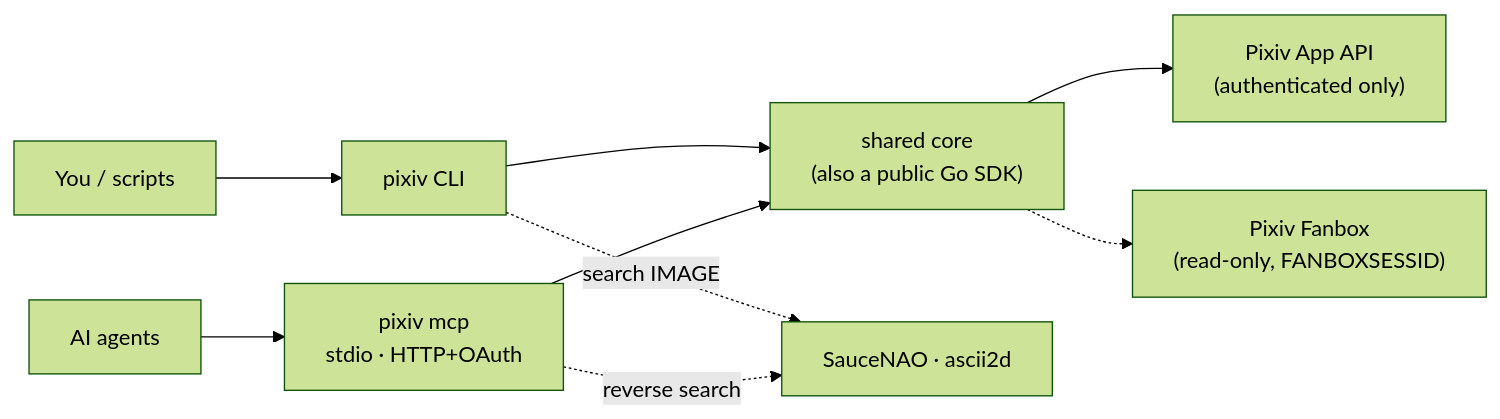
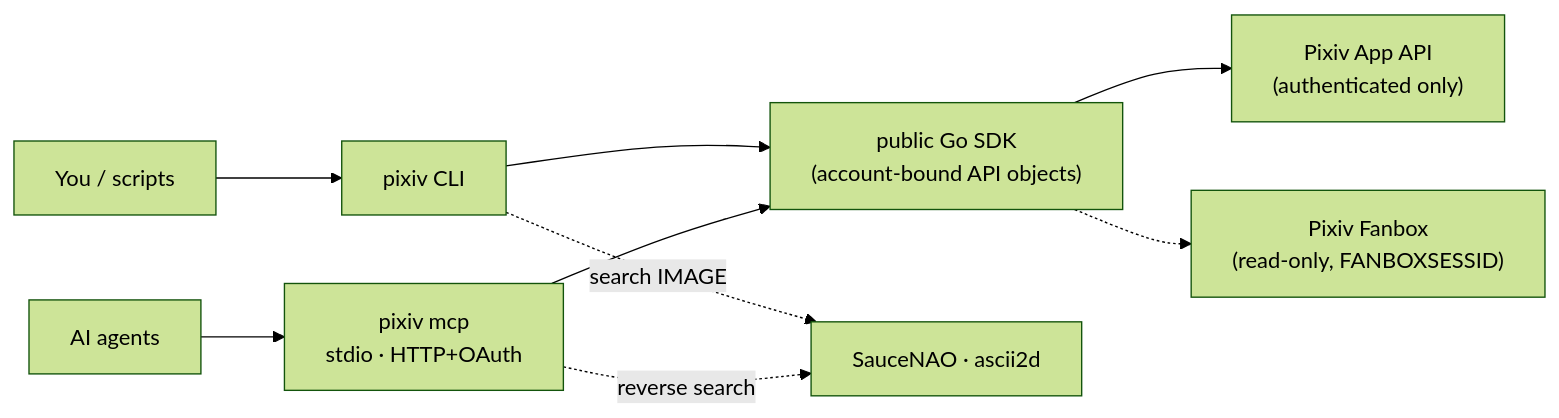
The first of 3 diagrams in README.md (FlanChanXwO/pixiv-cli), drawn with Mermaid (forest theme) before and after one commit. The commit also changed other lines of this file and 254 other files, not shown here.

````diff
--- a/README.md
+++ b/README.md
@@ -19,11 +19,11 @@
 ```mermaid
 flowchart LR
     U["You / scripts"] --> CLI["pixiv CLI"]
     A["AI agents"] --> MCP["pixiv mcp<br/>stdio · HTTP+OAuth"]
-    CLI --> SDK["shared core<br/>(also a public Go SDK)"]
+    CLI --> SDK["public Go SDK<br/>(account-bound API objects)"]
     MCP --> SDK
     SDK --> PX["Pixiv App API<br/>(authenticated only)"]
     SDK -.-> FB["Pixiv Fanbox<br/>(read-only, FANBOXSESSID)"]
     CLI -.->|"search IMAGE"| RS["SauceNAO · ascii2d"]
     MCP -.->|"reverse search"| RS
 ```
````
